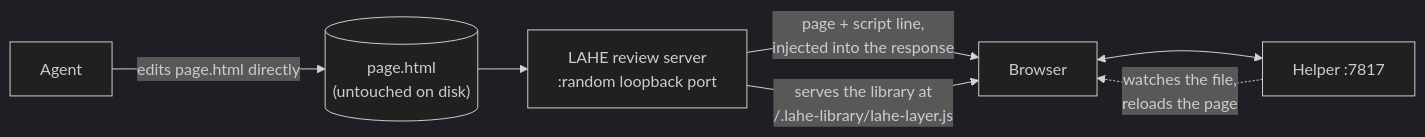
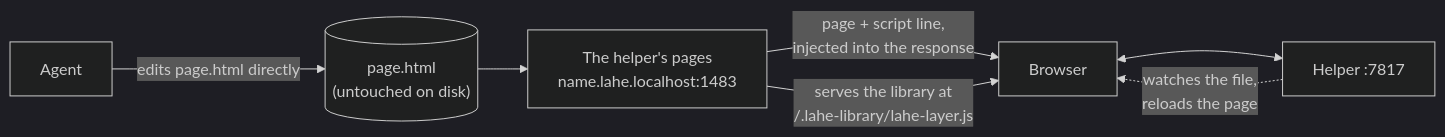
The second of 6 diagrams in docs/ongoing/SERVING_ARCHITECTURES.md (kenxle/live-agentic-html-editor), drawn with Mermaid (dark theme) before and after one commit. The commit also changed other lines of this file and 16 other files, not shown here.

First line of the commit message:
Stable addresses Step 3: the skill, contract, CLI doc, serving docs and diagrams describe stable addresses

````diff
--- a/docs/ongoing/SERVING_ARCHITECTURES.md
+++ b/docs/ongoing/SERVING_ARCHITECTURES.md
@@ -82,9 +118,9 @@
 ```mermaid
 flowchart LR
-    F[("page.html<br/>(untouched on disk)")] --> RS["LAHE review server<br/>:random loopback port"]
+    F[("page.html<br/>(untouched on disk)")] --> RS["The helper's pages<br/>name.lahe.localhost:1483"]
     RS -->|"page + script line,<br/>injected into the response"| B["Browser"]
     RS -->|"serves the library at<br/>/.lahe-library/lahe-layer.js"| B
     B <--> H["Helper :7817"]
     A["Agent"] -->|edits page.html directly| F
     H -.->|"watches the file,<br/>reloads the page"| B
 ```
````
